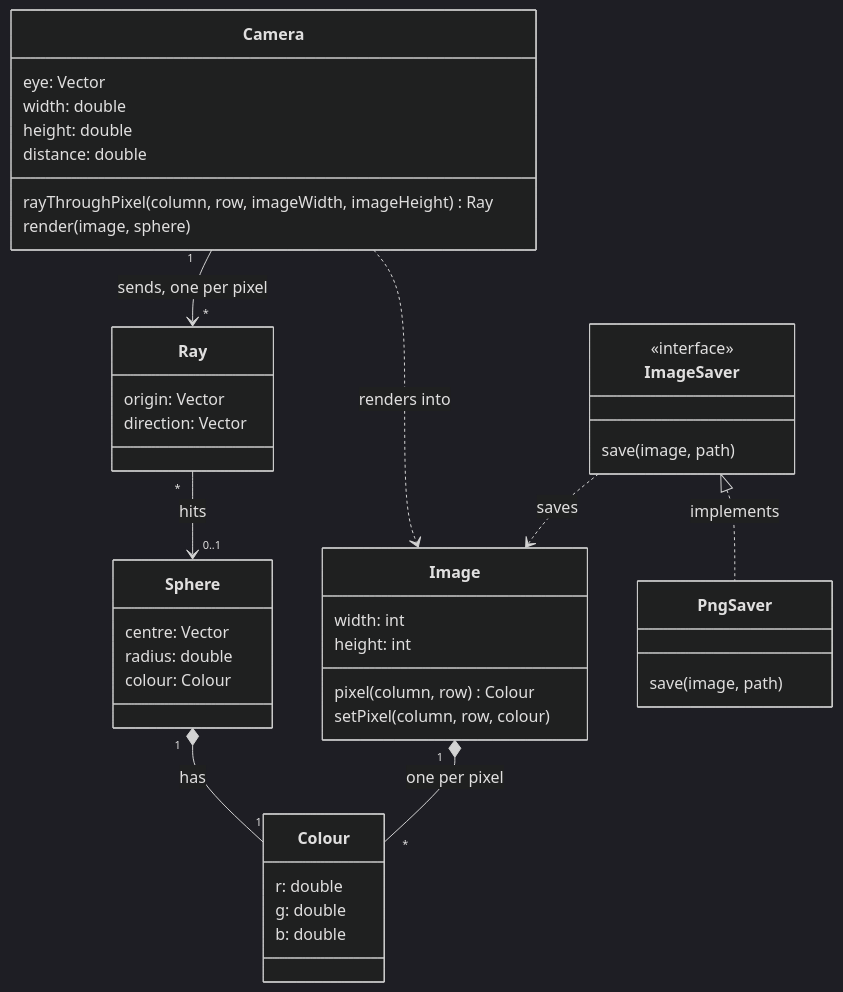
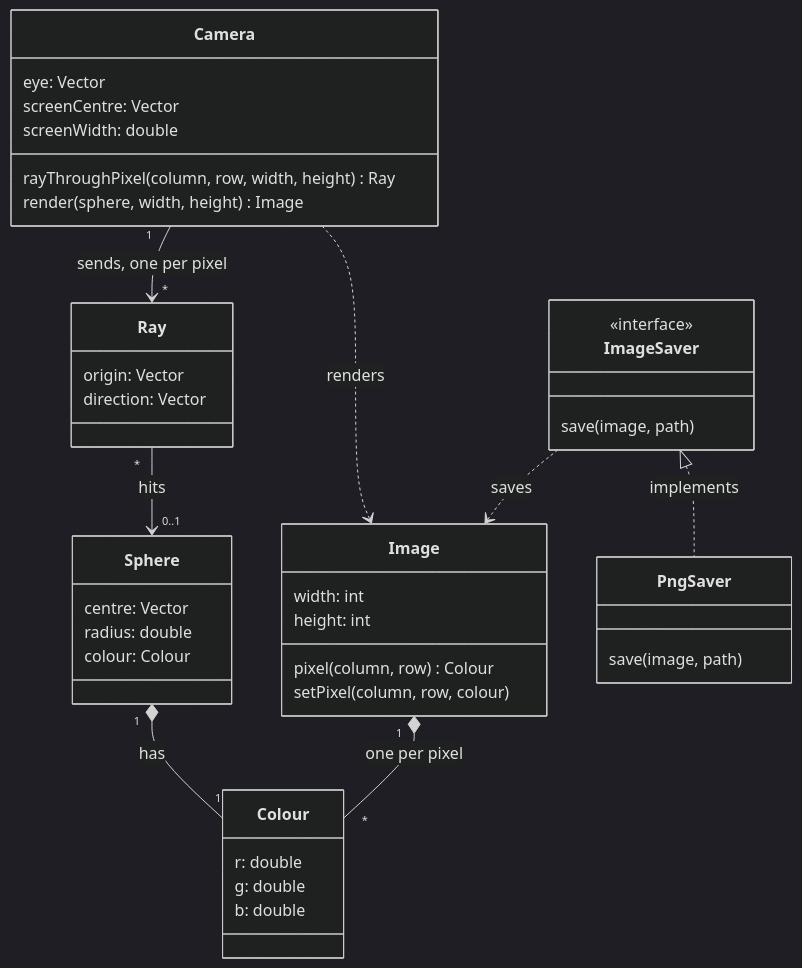
Before and after one commit to Mathis-brgs/Raytracer: the diagram in docs/domain/domain-model.md, drawn with Mermaid (dark theme). The commit also changed other lines of this file and 1 other file, not shown here.

Commit message:
Docs: the camera's new shape

````diff
--- a/docs/domain/domain-model.md
+++ b/docs/domain/domain-model.md
@@ -6,46 +6,45 @@
 ```mermaid
 classDiagram
     Camera "1" --> "*" Ray : sends, one per pixel
-    Camera ..> Image : renders into
+    Camera ..> Image : renders
     Ray "*" --> "0..1" Sphere : hits
     Sphere "1" *-- "1" Colour : has
     Image "1" *-- "*" Colour : one per pixel
     ImageSaver <|.. PngSaver : implements
     ImageSaver ..> Image : saves
 
     class Camera {
         eye: Vector
-        width: double
-        height: double
-        distance: double
-        rayThroughPixel(column, row, imageWidth, imageHeight) Ray
-        render(image, sphere)
+        screenCentre: Vector
+        screenWidth: double
+        rayThroughPixel(column, row, width, height) Ray
+        render(sphere, width, height) Image
     }
     class Ray {
         origin: Vector
         direction: Vector
     }
     class Sphere {
         centre: Vector
         radius: double
         colour: Colour
     }
     class Colour {
         r: double
         g: double
         b: double
     }
     class Image {
         width: int
         height: int
         pixel(column, row) Colour
         setPixel(column, row, colour)
     }
     class ImageSaver {
         <<interface>>
         save(image, path)
     }
     class PngSaver {
         save(image, path)
     }
 ```
````
